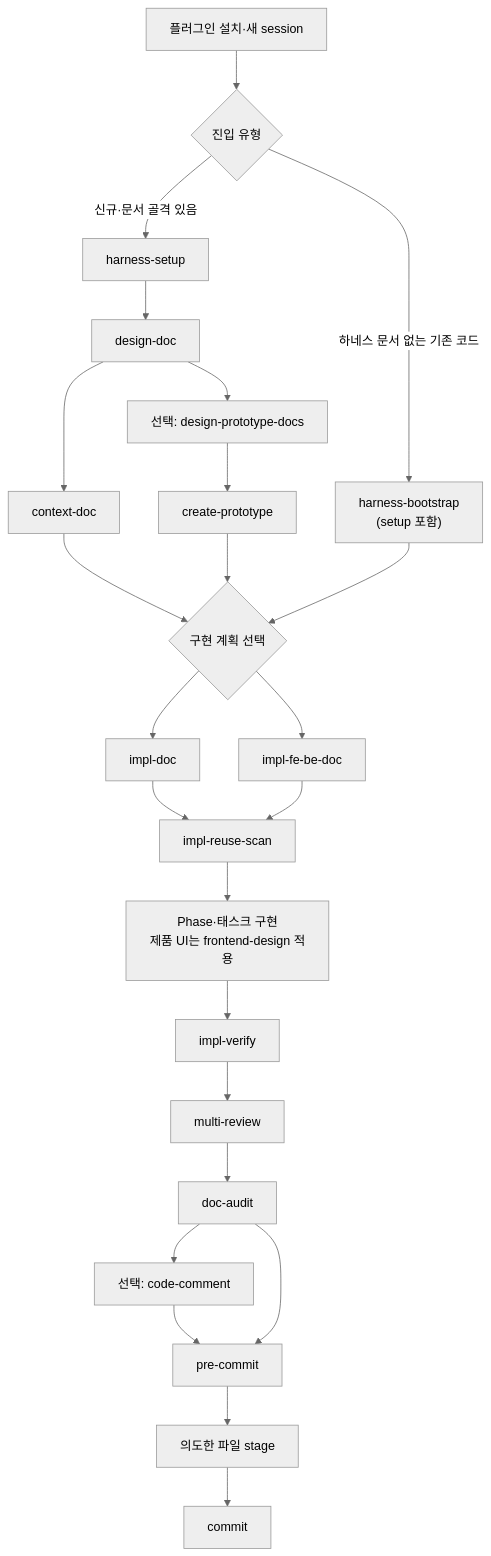
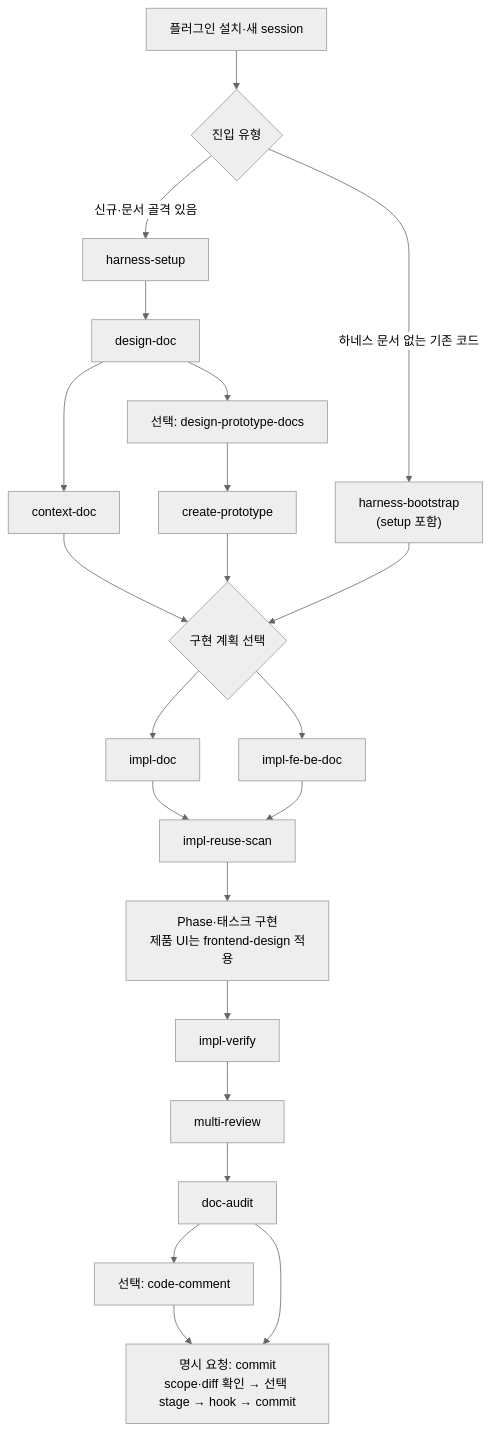
One commit to hb9397/ai-agent-harness-docs changed the first of 2 diagrams in .user-docs/Harness_Engineering.md. Above: the diagram before and after it, drawn with Mermaid (neutral theme). The commit also changed other lines of this file and 43 other files, not shown here.

First line of the commit message:
refactor(skills): replace pre-commit and unify upstream governance

````diff
--- a/.user-docs/Harness_Engineering.md
+++ b/.user-docs/Harness_Engineering.md
@@ -209,26 +214,24 @@
 ```mermaid
 flowchart TD
     S["플러그인 설치·새 session"] --> X{"진입 유형"}
     X -->|"신규·문서 골격 있음"| H["harness-setup"]
     H --> D["design-doc"]
     X -->|"하네스 문서 없는 기존 코드"| B["harness-bootstrap<br/>(setup 포함)"]
     D --> C["context-doc"]
     D --> P["선택: design-prototype-docs"]
     P --> CP["create-prototype"]
     C --> I{"구현 계획 선택"}
     B --> I
     CP --> I
     I --> ID["impl-doc"]
     I --> IF["impl-fe-be-doc"]
     ID --> RS["impl-reuse-scan"]
     IF --> RS
     RS --> W["Phase·태스크 구현<br/>제품 UI는 frontend-design 적용"]
     W --> IV["impl-verify"]
     IV --> MR["multi-review"]
     MR --> DA["doc-audit"]
     DA --> CO["선택: code-comment"]
-    DA --> PC["pre-commit"]
-    CO --> PC
-    PC --> ST["의도한 파일 stage"]
-    ST --> CM["commit"]
+    DA --> CM["명시 요청: commit<br/>scope·diff 확인 → 선택 stage → hook → commit"]
+    CO --> CM
 ```
````
